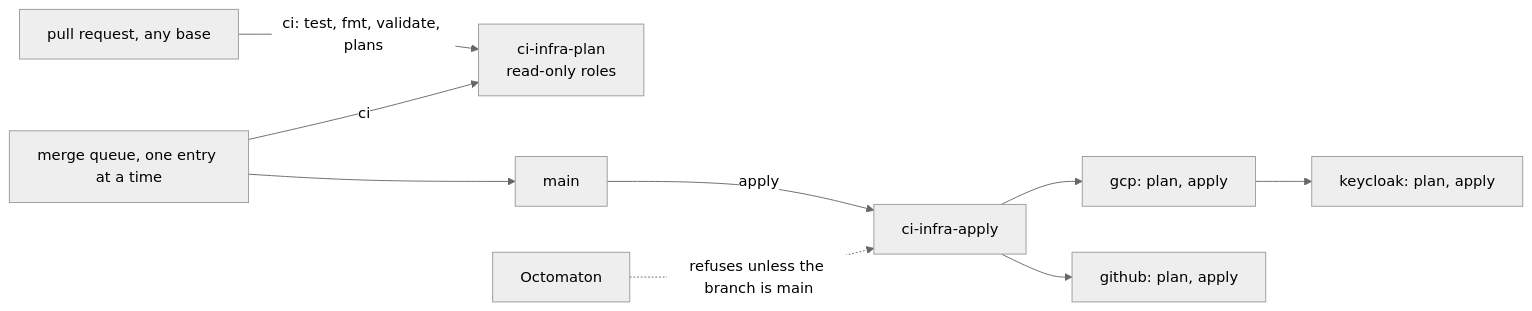
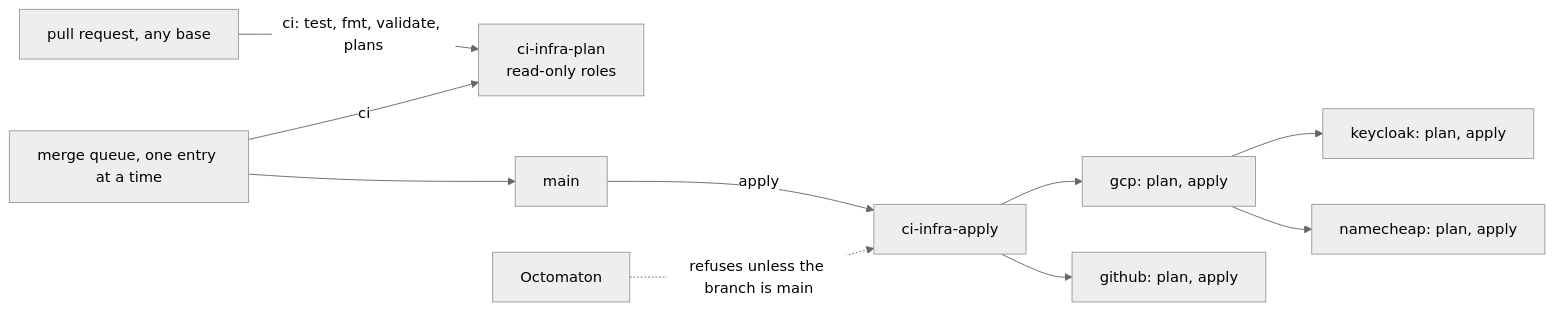
The diagram in docs/infra/designs/terraform-plan-apply.md (arikkfir-org/infra), drawn with Mermaid (neutral theme) before and after one commit. The commit also changed other lines of this file and 27 other files, not shown here.

````diff
--- a/docs/infra/designs/terraform-plan-apply.md
+++ b/docs/infra/designs/terraform-plan-apply.md
@@ -13,11 +13,12 @@
 ```mermaid
 flowchart LR
   PR["pull request, any base"] -->|"ci: test, fmt, validate, plans"| PL["ci-infra-plan<br/>read-only roles"]
   MQ["merge queue, one entry at a time"] -->|"ci"| PL
   MQ --> M["main"]
   M -->|"apply"| AP["ci-infra-apply"]
   O["Octomaton"] -. "refuses unless the branch is main" .-> AP
   AP --> G["gcp: plan, apply"]
   AP --> H["github: plan, apply"]
   G --> K["keycloak: plan, apply"]
+  G --> N["namecheap: plan, apply"]
 ```
````
